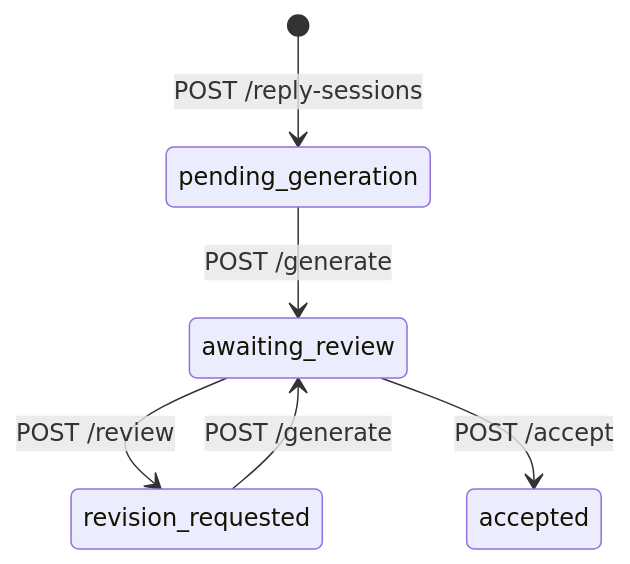
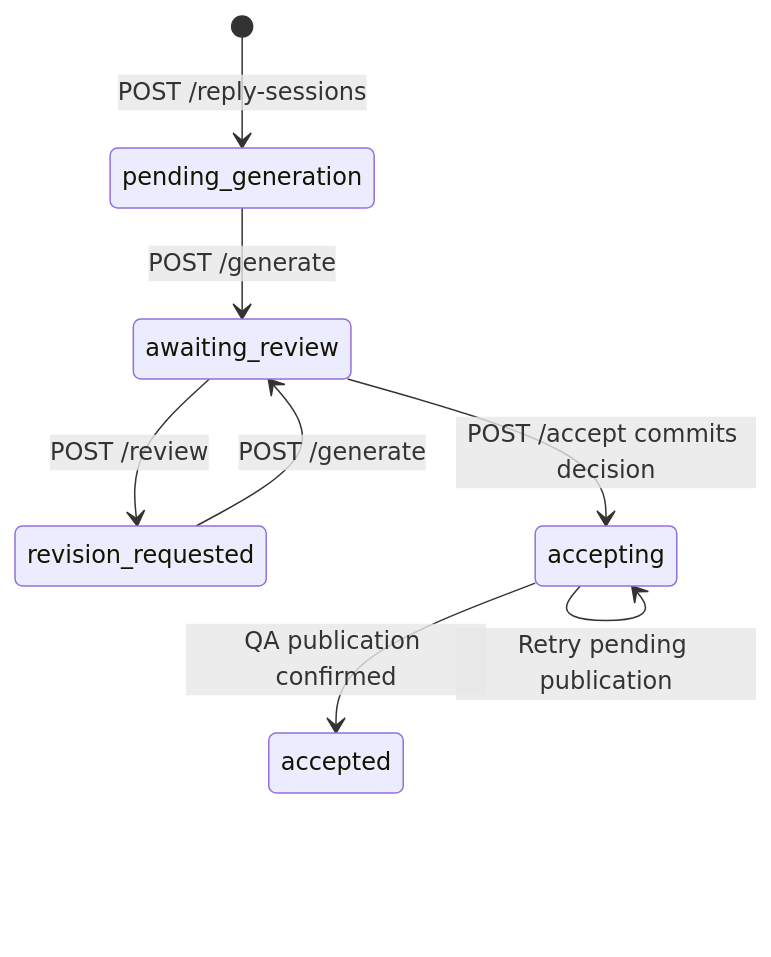
The diagram in docs/api-contract.md (YujieLyu/on-course-agent-service), drawn with Mermaid before and after one commit. The commit also changed other lines of this file and 5 other files, not shown here.

````diff
--- a/docs/api-contract.md
+++ b/docs/api-contract.md
@@ -114,8 +117,10 @@
 ```mermaid
 stateDiagram-v2
     [*] --> pending_generation: POST /reply-sessions
     pending_generation --> awaiting_review: POST /generate
     awaiting_review --> revision_requested: POST /review
     revision_requested --> awaiting_review: POST /generate
-    awaiting_review --> accepted: POST /accept
+    awaiting_review --> accepting: POST /accept commits decision
+    accepting --> accepted: QA publication confirmed
+    accepting --> accepting: Retry pending publication
 ```
````
